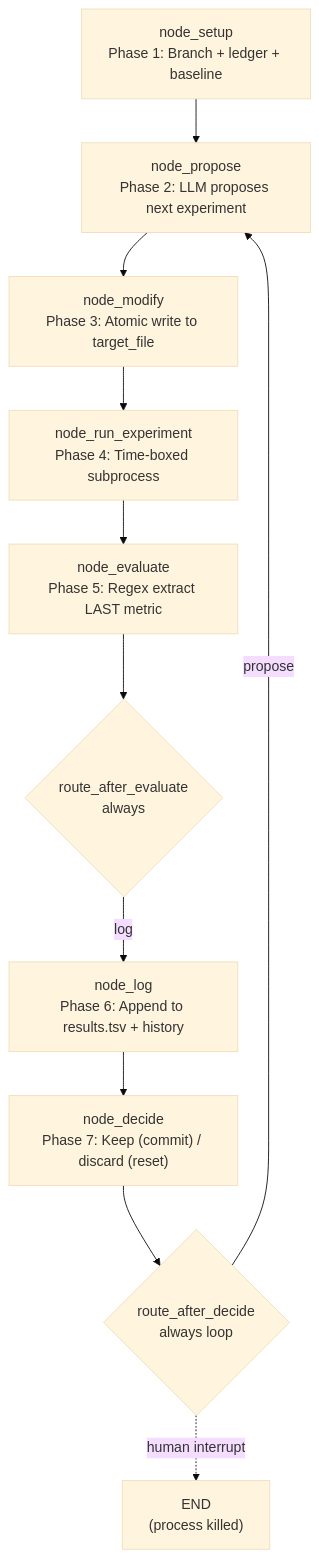
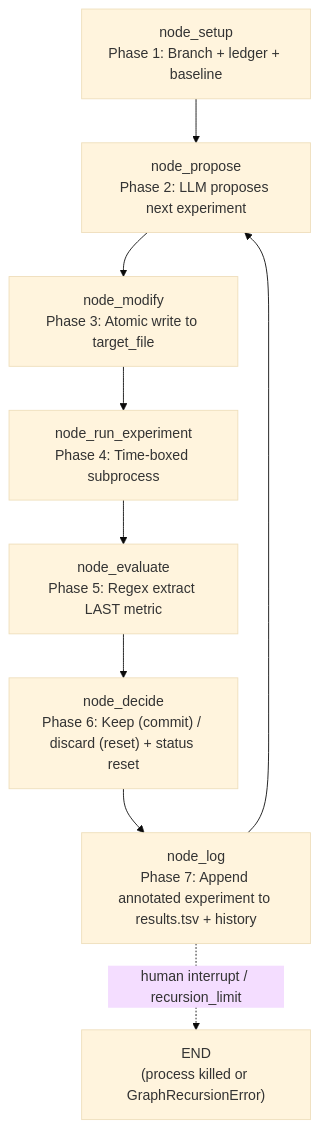
Before and after one commit to brunogcar/agent: the diagram in docs/workflows/autoresearch/ARCHITECTURE.md, drawn with Mermaid (base theme). The commit also changed other lines of this file and 20 other files, not shown here.

````diff
--- a/docs/workflows/autoresearch/ARCHITECTURE.md
+++ b/docs/workflows/autoresearch/ARCHITECTURE.md
@@ -64,13 +70,11 @@
 ```mermaid
 graph TD
     A["node_setup<br/>Phase 1: Branch + ledger + baseline"] --> B["node_propose<br/>Phase 2: LLM proposes next experiment"]
     B --> C["node_modify<br/>Phase 3: Atomic write to target_file"]
     C --> D["node_run_experiment<br/>Phase 4: Time-boxed subprocess"]
     D --> E["node_evaluate<br/>Phase 5: Regex extract LAST metric"]
-    E --> F{"route_after_evaluate<br/>always"}
-    F -->|log| G["node_log<br/>Phase 6: Append to results.tsv + history"]
-    G --> H["node_decide<br/>Phase 7: Keep (commit) / discard (reset)"]
-    H --> I{"route_after_decide<br/>always loop"}
-    I -->|propose| B
-    I -.->|human interrupt| S["END<br/>(process killed)"]
+    E --> F["node_decide<br/>Phase 6: Keep (commit) / discard (reset) + status reset"]
+    F --> G["node_log<br/>Phase 7: Append annotated experiment to results.tsv + history"]
+    G --> B
+    G -.->|human interrupt / recursion_limit| S["END<br/>(process killed or GraphRecursionError)"]
 ```
````
